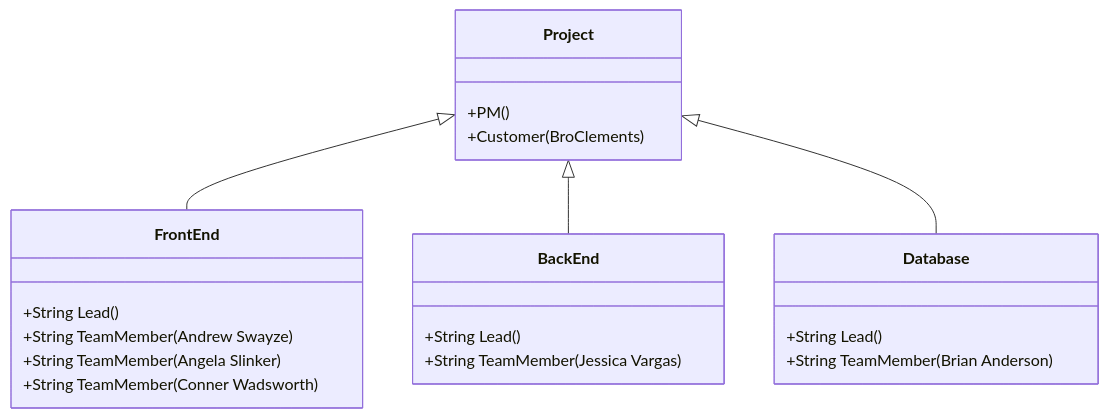
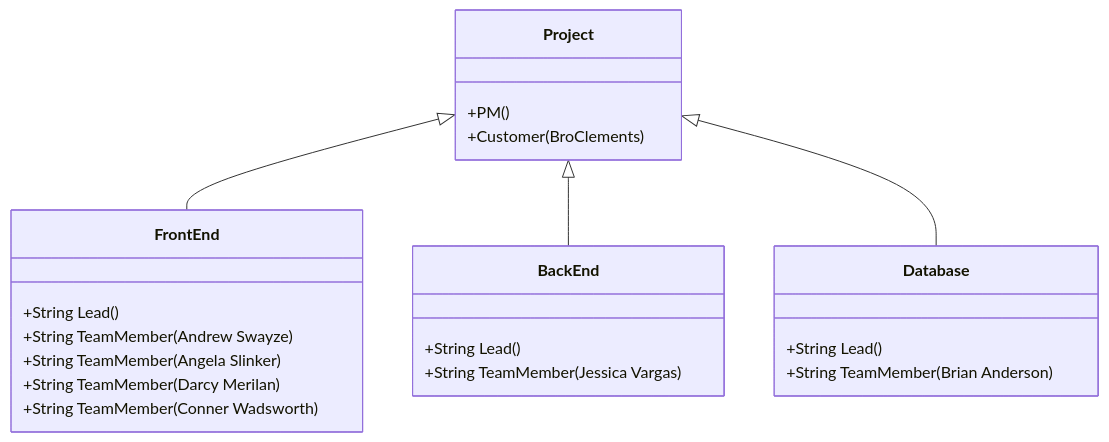
Before and after one commit to byui-cse397/2024WinCSE490PCP: the second of 2 diagrams in ProjectManagement/OrganizationChart/OrganizationChart.md, drawn with Mermaid. The commit also changed other lines of this file, not shown here.

Commit message:
Update OrganizationChart.md
Updated OrganizationChart to include Darcy Merilan in team roles

````diff
--- a/ProjectManagement/OrganizationChart/OrganizationChart.md
+++ b/ProjectManagement/OrganizationChart/OrganizationChart.md
@@ -25,23 +26,24 @@
 ```mermaid
 classDiagram
       Project <|-- FrontEnd
       Project <|-- BackEnd
       Project <|-- Database
       Project : +PM()
       Project : +Customer(BroClements)
       class FrontEnd{
           +String Lead()
           +String TeamMember(Andrew Swayze)
           +String TeamMember(Angela Slinker)
+          +String TeamMember(Darcy Merilan)
           +String TeamMember(Conner Wadsworth)
 
       }
       class BackEnd{
           +String Lead()
           +String TeamMember(Jessica Vargas)
       }
       class Database{
           +String Lead()
           +String TeamMember(Brian Anderson)
       }
 ```
````
